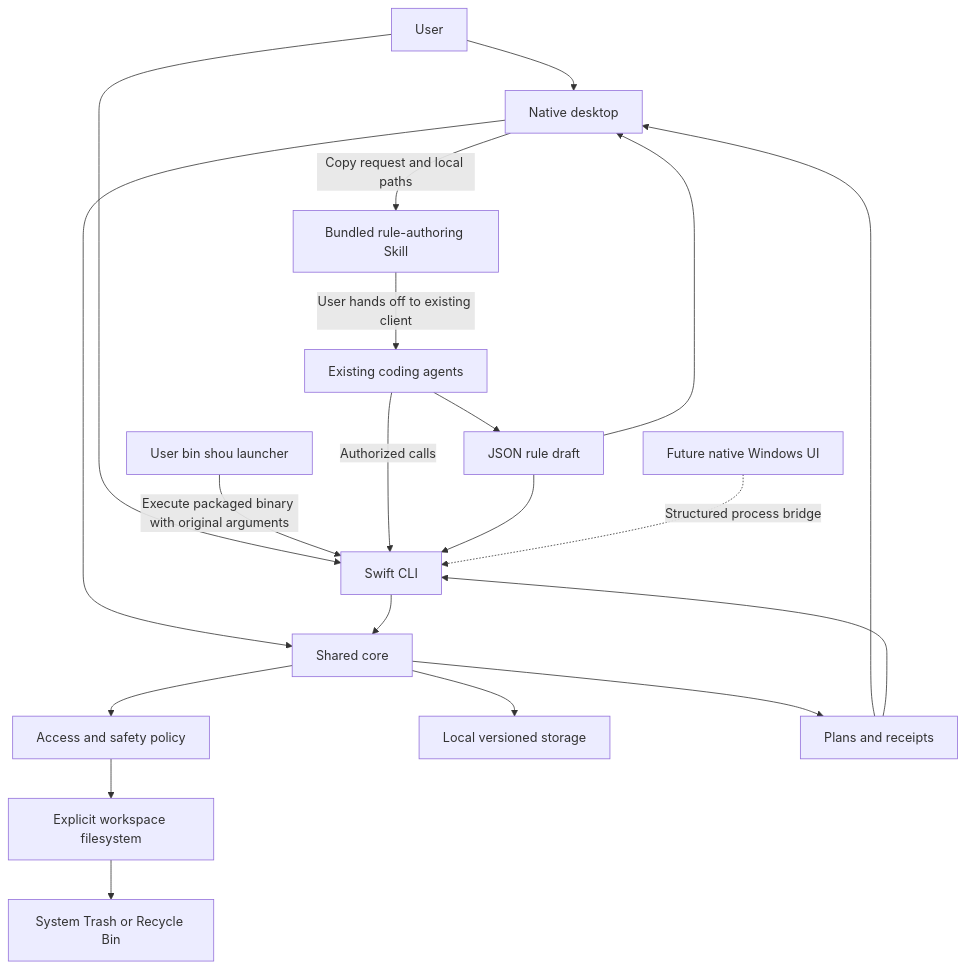
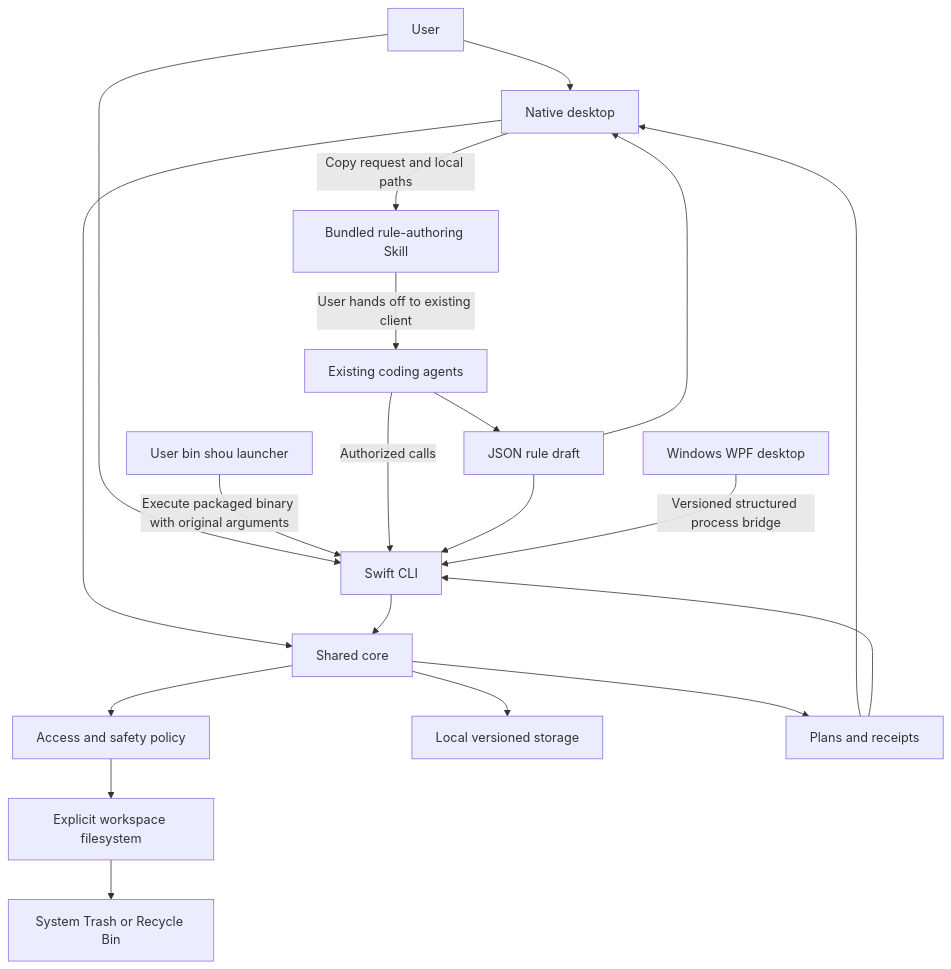
The first of 6 diagrams in docs/architecture/system-design.md (limecloud/shou), drawn with Mermaid before and after one commit. The commit also changed other lines of this file and 86 other files, not shown here.

````diff
--- a/docs/architecture/system-design.md
+++ b/docs/architecture/system-design.md
@@ -19,22 +19,22 @@
 ```mermaid
 flowchart TB
     User[User] --> GUI[Native desktop]
     User --> CLI[Swift CLI]
     Terminal[User bin shou launcher] -->|Execute packaged binary with original arguments| CLI
     GUI -->|Copy request and local paths| Skill[Bundled rule-authoring Skill]
     Skill -->|User hands off to existing client| Agents
     Agents[Existing coding agents] -->|Authorized calls| CLI
     Agents --> Draft[JSON rule draft]
     Draft --> GUI
     Draft --> CLI
     GUI --> Core[Shared core]
     CLI --> Core
-    Windows[Future native Windows UI] -.Structured process bridge.-> CLI
+    Windows[Windows WPF desktop] -->|Versioned structured process bridge| CLI
     Core --> Policy[Access and safety policy]
     Core --> Store[Local versioned storage]
     Policy --> FS[Explicit workspace filesystem]
     FS --> Trash[System Trash or Recycle Bin]
     Core --> Results[Plans and receipts]
     Results --> GUI
     Results --> CLI
 ```
````
